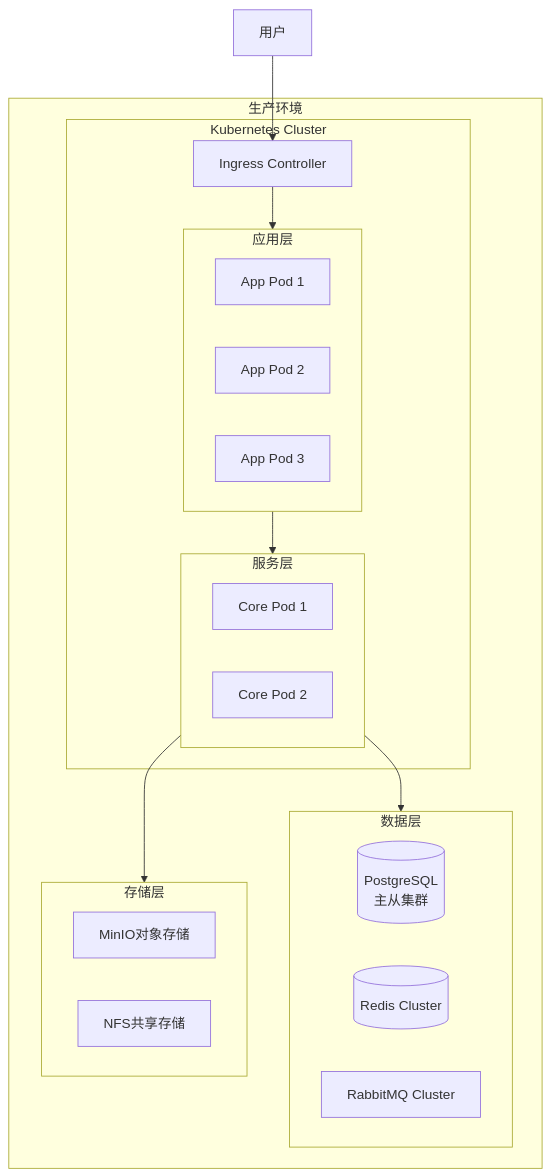
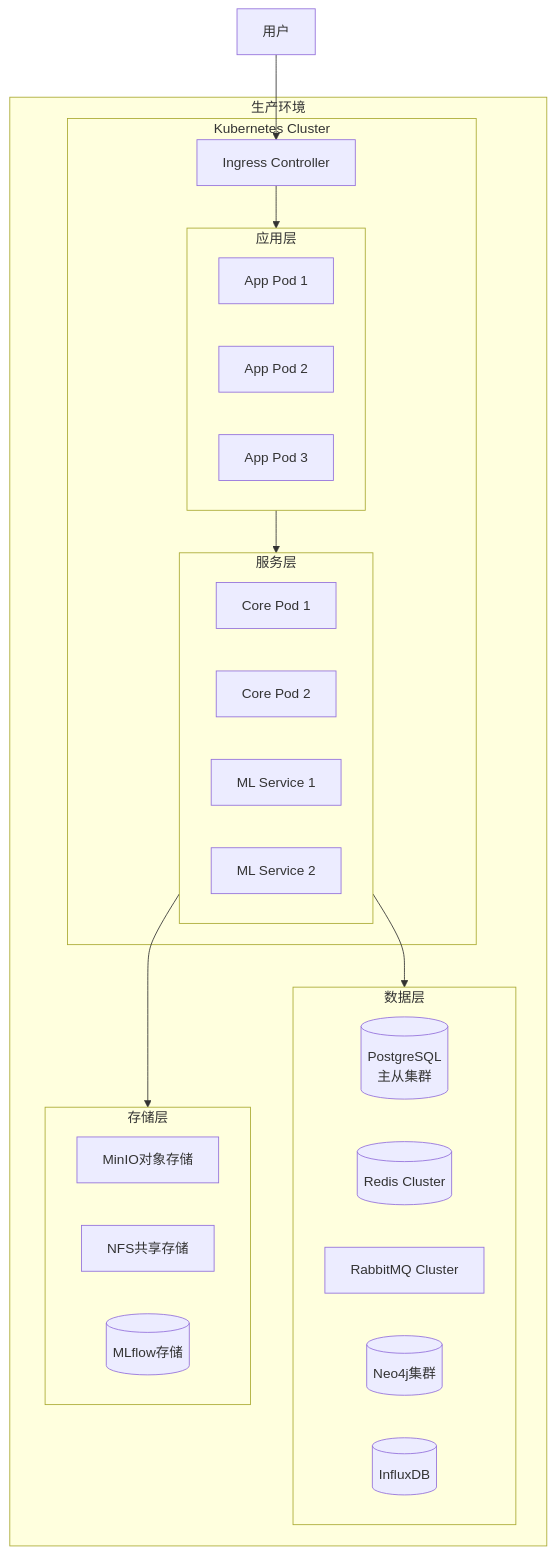
One commit to AdaMartin18010/FormalScience changed the eighth of 9 diagrams in docs/Refactor/ARCHITECTURE.md. Above: the diagram before and after it, drawn with Mermaid. The commit also changed other lines of this file and 140 other files, not shown here.

````diff
--- a/docs/Refactor/ARCHITECTURE.md
+++ b/docs/Refactor/ARCHITECTURE.md
@@ -239,36 +362,41 @@
 ```mermaid
 flowchart TB
     subgraph Prod["生产环境"]
         subgraph K8s["Kubernetes Cluster"]
             Ingress["Ingress Controller"]
 
             subgraph AppLayer["应用层"]
                 App1["App Pod 1"]
                 App2["App Pod 2"]
                 App3["App Pod 3"]
             end
 
             subgraph ServiceLayer["服务层"]
                 Core1["Core Pod 1"]
                 Core2["Core Pod 2"]
+                ML1["ML Service 1"]
+                ML2["ML Service 2"]
             end
         end
 
         subgraph DataLayer["数据层"]
             PG[("PostgreSQL<br/>主从集群")]
             RedisCluster[("Redis Cluster")]
             MQ["RabbitMQ Cluster"]
+            Neo4j[("Neo4j集群")]
+            Influx[("InfluxDB")]
         end
 
         subgraph StorageLayer["存储层"]
             MinIO["MinIO对象存储"]
             NFS["NFS共享存储"]
+            MLflow[("MLflow存储")]
         end
     end
 
     User["用户"] --> Ingress
     Ingress --> AppLayer
     AppLayer --> ServiceLayer
     ServiceLayer --> DataLayer
     ServiceLayer --> StorageLayer
 ```
````
